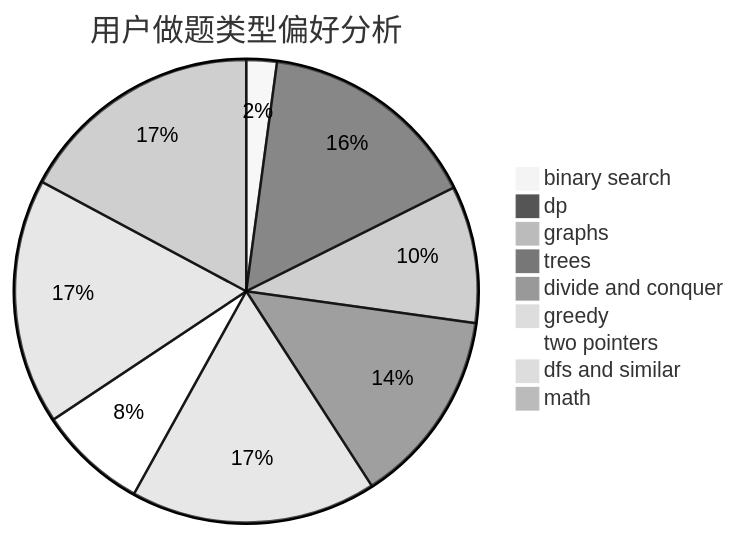
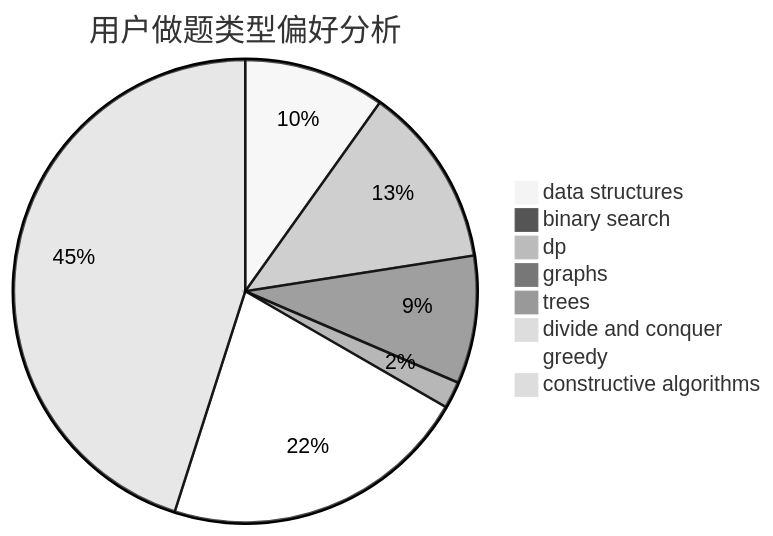
The second of 3 diagrams in docs/user/u2089.md (sherpahu/cfrs.github.io), drawn with Mermaid (neutral theme) before and after one commit. The commit also changed other lines of this file and 2775 other files, not shown here.

````diff
--- a/docs/user/u2089.md
+++ b/docs/user/u2089.md
@@ -23,12 +23,11 @@
 ```mermaid
 pie title 用户做题类型偏好分析
-    "binary search" :  14
-    "dp" :  102
-    "graphs" :  63
-    "trees" :  90
+    "data structures" :  21
+    "binary search" :  0
+    "dp" :  27
+    "graphs" :  19
+    "trees" :  4
     "divide and conquer" :  0
-    "greedy" :  113
-    "two pointers" :  50
-    "dfs and similar" :  113
-    "math" :  113
+    "greedy" :  46
+    "constructive algorithms" :  96
 ```
````
